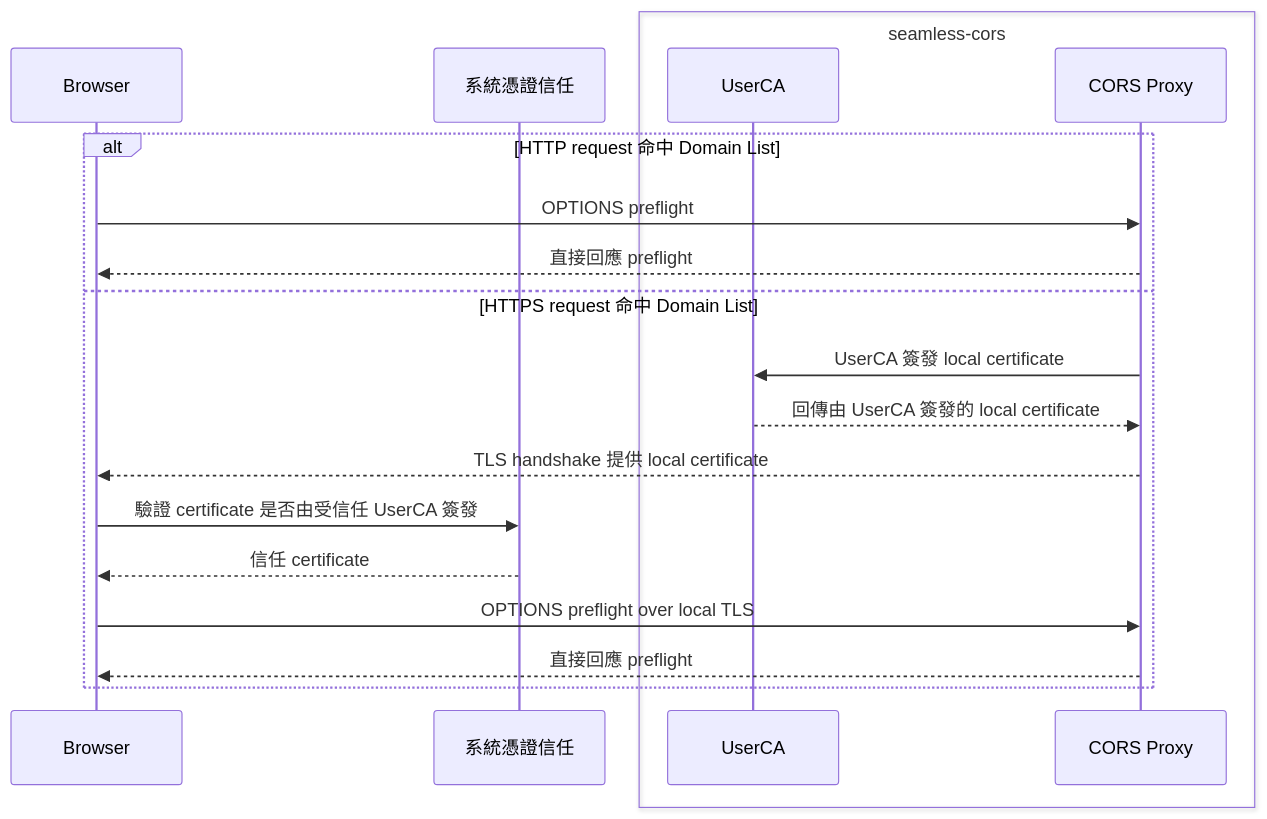
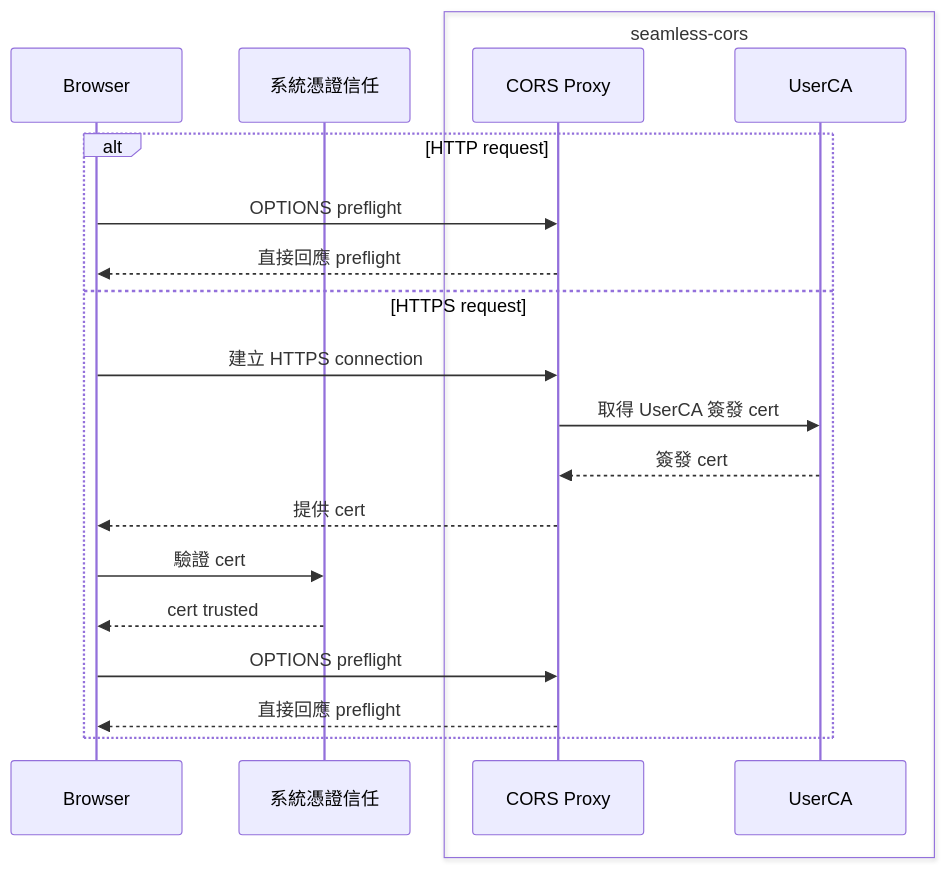
One commit to QzCurious/seamless-cors changed the fifth of 6 diagrams in diagrams/v3.md. Above: the diagram before and after it, drawn with Mermaid. The commit also changed other lines of this file and 2 other files, not shown here.

Commit message:
update diagrams

````diff
--- a/diagrams/v3.md
+++ b/diagrams/v3.md
@@ -88,22 +77,23 @@
 ```mermaid
 sequenceDiagram
   participant Browser
   participant SystemTrust as 系統憑證信任
   box seamless-cors
+    participant CorsProxy as CORS Proxy
     participant UserCA
-    participant CorsProxy as CORS Proxy
   end
 
-  alt HTTP request 命中 Domain List
+  alt HTTP request
     Browser->>CorsProxy: OPTIONS preflight
     CorsProxy-->>Browser: 直接回應 preflight
-  else HTTPS request 命中 Domain List
-    CorsProxy->>UserCA: UserCA 簽發 local certificate
-    UserCA-->>CorsProxy: 回傳由 UserCA 簽發的 local certificate
-    CorsProxy-->>Browser: TLS handshake 提供 local certificate
-    Browser->>SystemTrust: 驗證 certificate 是否由受信任 UserCA 簽發
-    SystemTrust-->>Browser: 信任 certificate
-    Browser->>CorsProxy: OPTIONS preflight over local TLS
+  else HTTPS request
+    Browser->>CorsProxy: 建立 HTTPS connection
+    CorsProxy->>UserCA: 取得 UserCA 簽發 cert
+    UserCA-->>CorsProxy: 簽發 cert
+    CorsProxy-->>Browser: 提供 cert
+    Browser->>SystemTrust: 驗證 cert
+    SystemTrust-->>Browser: cert trusted
+    Browser->>CorsProxy: OPTIONS preflight
     CorsProxy-->>Browser: 直接回應 preflight
   end
 ```
````
